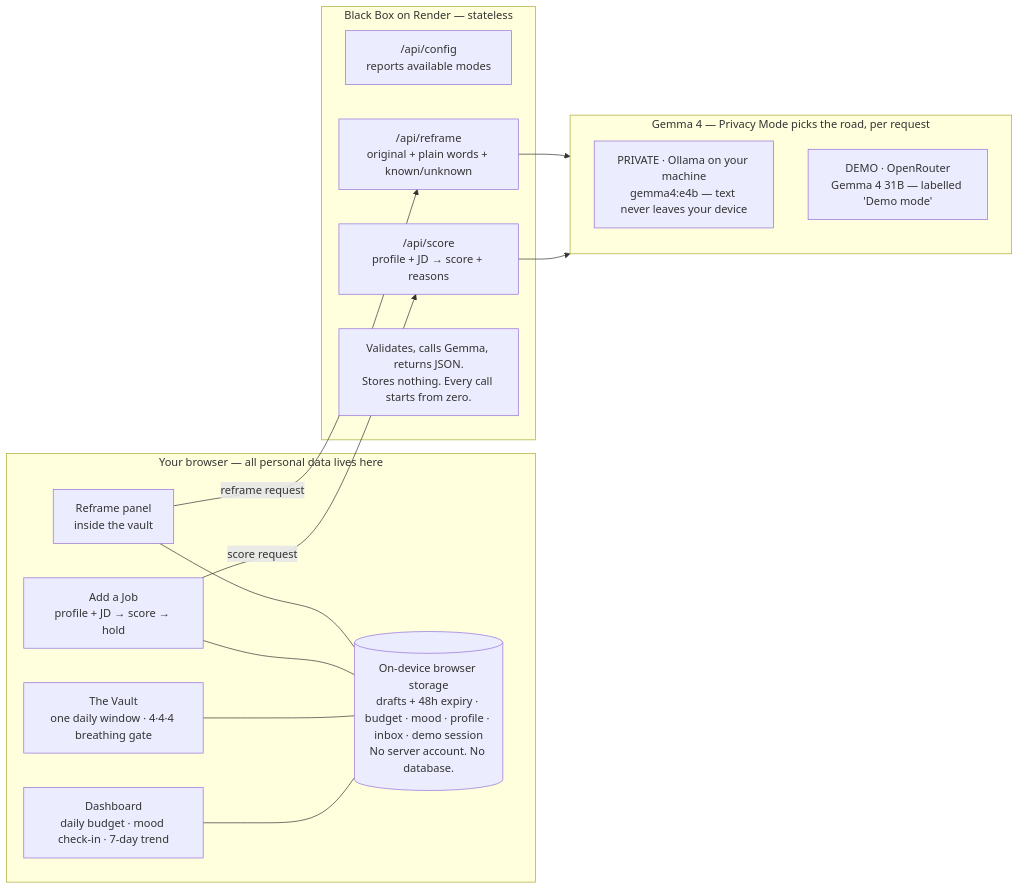
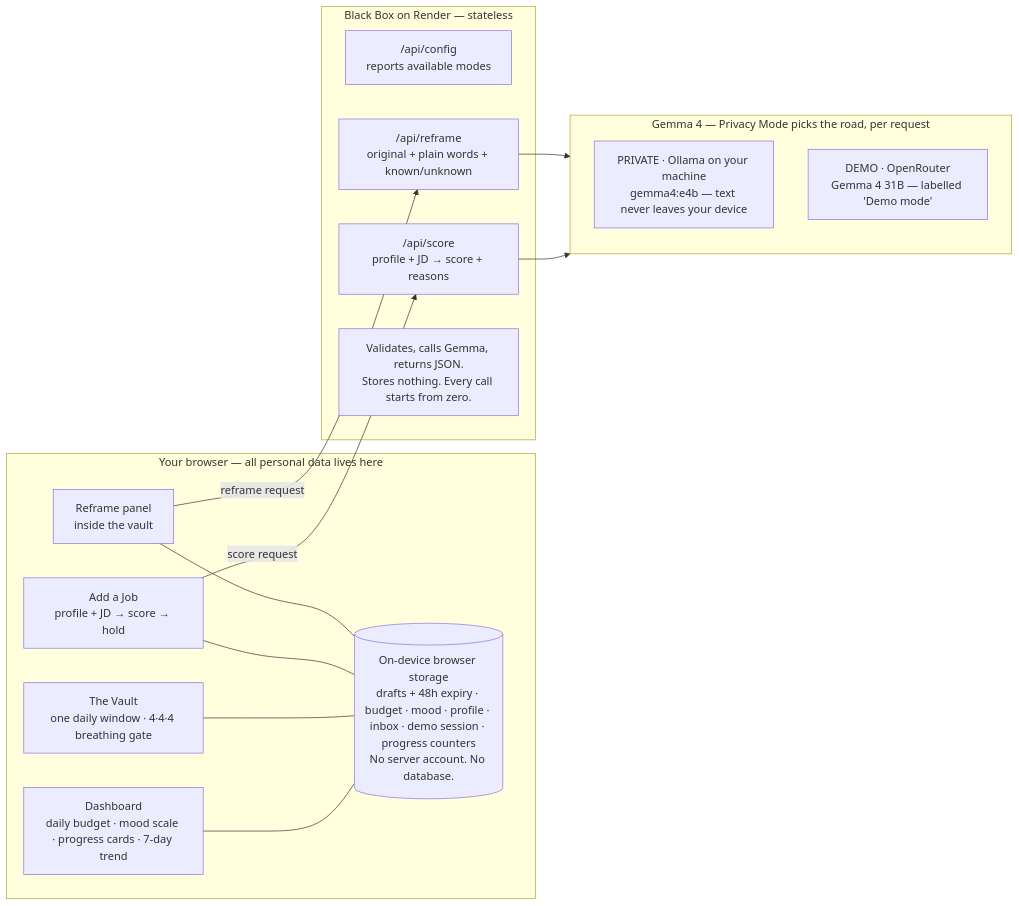
Before and after one commit to Mike-Demo/black-box: the first of 2 diagrams in docs/architecture.md, drawn with Mermaid. The commit also changed 15 other files, not shown here.

Commit message:
Mood scale (Voda-inspired) + progress achievement cards for slow behaviours

````diff
--- a/docs/architecture.md
+++ b/docs/architecture.md
@@ -6,31 +6,31 @@
 ```mermaid
 flowchart LR
   subgraph Browser["Your browser — all personal data lives here"]
-    Dash["Dashboard<br/>daily budget · mood check-in · 7-day trend"]
+    Dash["Dashboard<br/>daily budget · mood scale · progress cards · 7-day trend"]
     Vault["The Vault<br/>one daily window · 4·4·4 breathing gate"]
     AddJob["Add a Job<br/>profile + JD → score → hold"]
     Reframe["Reframe panel<br/>inside the vault"]
-    Store[("On-device browser storage<br/>drafts + 48h expiry · budget · mood · profile · inbox · demo session<br/>No server account. No database.")]
+    Store[("On-device browser storage<br/>drafts + 48h expiry · budget · mood · profile · inbox · demo session · progress counters<br/>No server account. No database.")]
     Dash --- Store
     Vault --- Store
     AddJob --- Store
     Reframe --- Store
   end
 
   subgraph Render["Black Box on Render — stateless"]
     Config["/api/config<br/>reports available modes"]
     ScoreAPI["/api/score<br/>profile + JD → score + reasons"]
     ReframeAPI["/api/reframe<br/>original + plain words + known/unknown"]
     Note["Validates, calls Gemma, returns JSON.<br/>Stores nothing. Every call starts from zero."]
   end
 
   subgraph Gemma["Gemma 4 — Privacy Mode picks the road, per request"]
     Local["PRIVATE · Ollama on your machine<br/>gemma4:e4b — text never leaves your device"]
     Hosted["DEMO · OpenRouter<br/>Gemma 4 31B — labelled 'Demo mode'"]
   end
 
   AddJob -->|score request| ScoreAPI
   Reframe -->|reframe request| ReframeAPI
   ScoreAPI --> Gemma
   ReframeAPI --> Gemma
 ```
````
